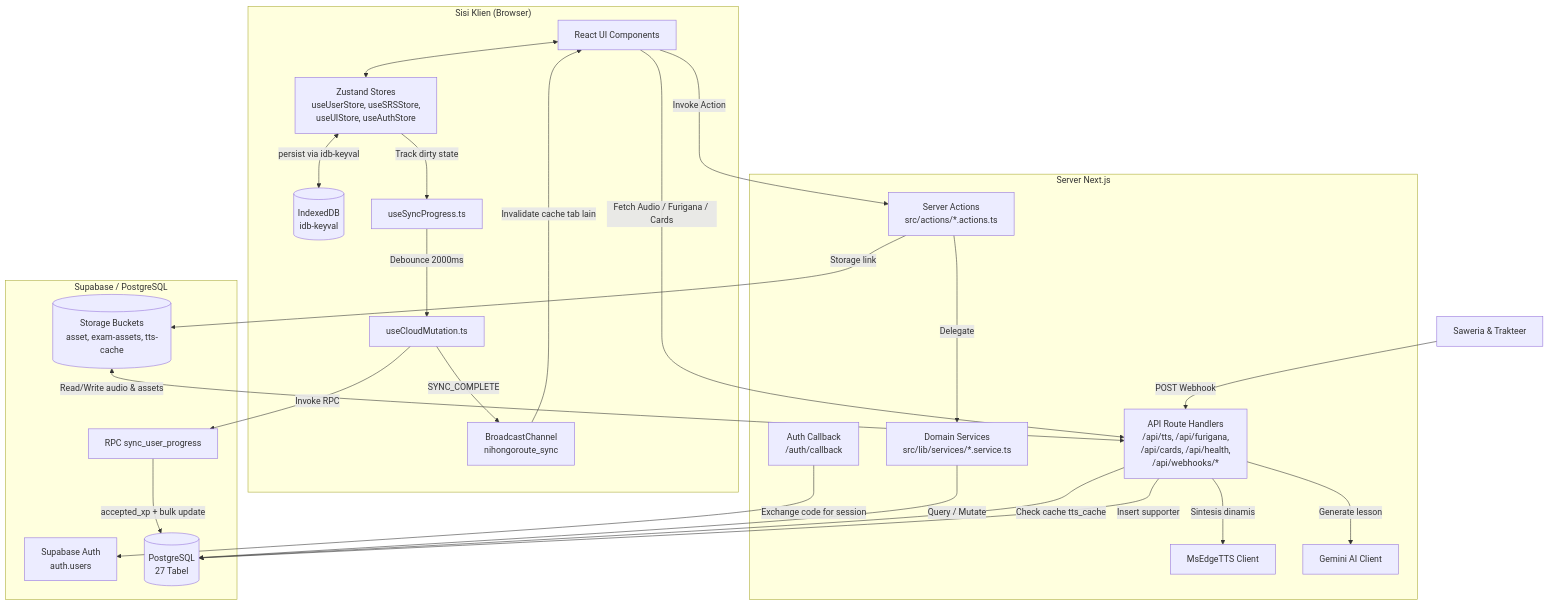
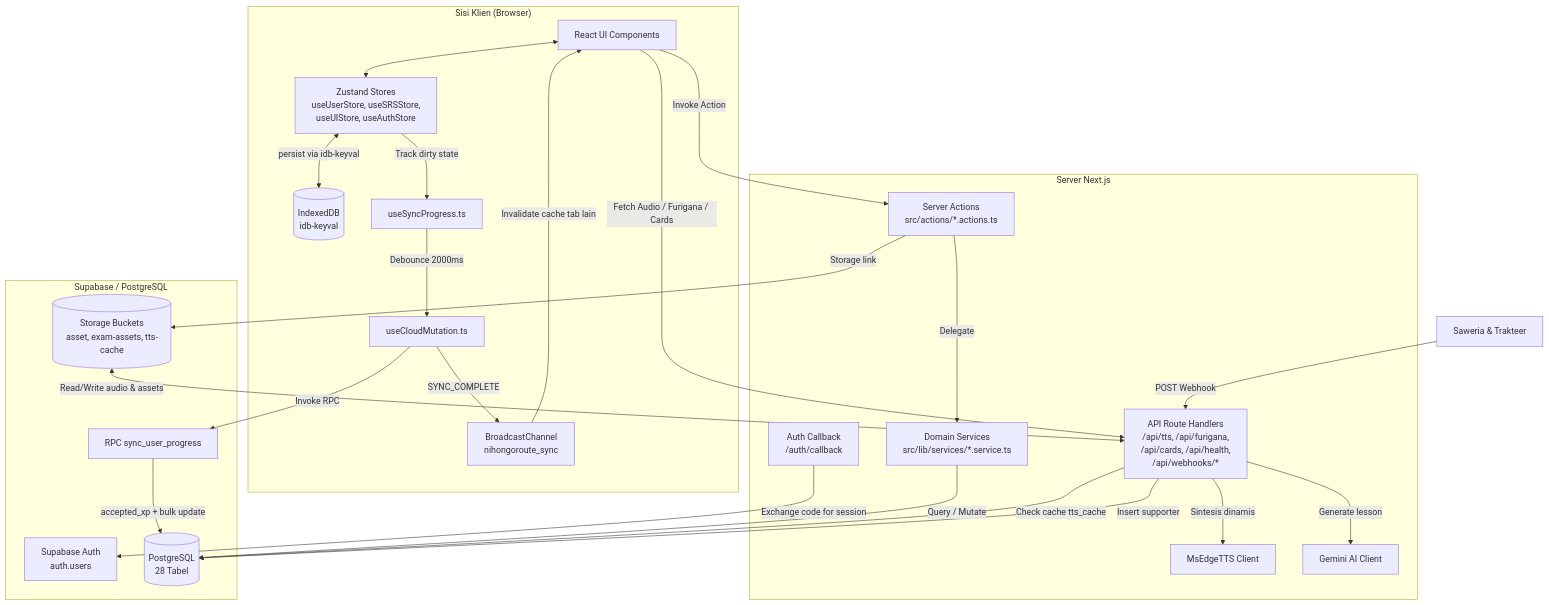
Before and after one commit to zan-118/nihongoroute: the diagram in docs/architecture.md, drawn with Mermaid. The commit also changed other lines of this file and 14 other files, not shown here.

````diff
--- a/docs/architecture.md
+++ b/docs/architecture.md
@@ -9,50 +9,50 @@
 ```mermaid
 graph TD
     subgraph Client ["Sisi Klien (Browser)"]
         UI["React UI Components"]
         Store["Zustand Stores<br/>useUserStore, useSRSStore,<br/>useUIStore, useAuthStore"]
         IDB[("IndexedDB<br/>idb-keyval")]
         HookSync["useSyncProgress.ts"]
         HookMut["useCloudMutation.ts"]
         BC["BroadcastChannel<br/>nihongoroute_sync"]
     end
 
     subgraph Server ["Server Next.js"]
         Actions["Server Actions<br/>src/actions/*.actions.ts"]
         Services["Domain Services<br/>src/lib/services/*.service.ts"]
         API["API Route Handlers<br/>/api/tts, /api/furigana,<br/>/api/cards, /api/health,<br/>/api/webhooks/*"]
         AuthCB["Auth Callback<br/>/auth/callback"]
         EdgeTTS["MsEdgeTTS Client"]
         Gemini["Gemini AI Client"]
     end
 
     subgraph Supabase ["Supabase / PostgreSQL"]
         Auth["Supabase Auth<br/>auth.users"]
-        DB[("PostgreSQL<br/>27 Tabel")]
+        DB[("PostgreSQL<br/>28 Tabel")]
         RPC["RPC sync_user_progress"]
         Buckets[("Storage Buckets<br/>asset, exam-assets, tts-cache")]
     end
 
     Donation["Saweria & Trakteer"] -->|POST Webhook| API
 
     UI <--> Store
     Store <-->|persist via idb-keyval| IDB
     Store -->|Track dirty state| HookSync
     HookSync -->|Debounce 2000ms| HookMut
     HookMut -->|Invoke RPC| RPC
     RPC -->|accepted_xp + bulk update| DB
     HookMut -->|SYNC_COMPLETE| BC
     BC -->|Invalidate cache tab lain| UI
 
     UI -->|Invoke Action| Actions
     Actions -->|Delegate| Services
     Services -->|Query / Mutate| DB
     UI -->|Fetch Audio / Furigana / Cards| API
     API -->|Check cache tts_cache| DB
     API -->|Sintesis dinamis| EdgeTTS
     API -->|Generate lesson| Gemini
     API -->|Insert supporter| DB
     Buckets <-->|Read/Write audio & assets| API
     Actions -->|Storage link| Buckets
     AuthCB -->|Exchange code for session| Auth
 ```
````
